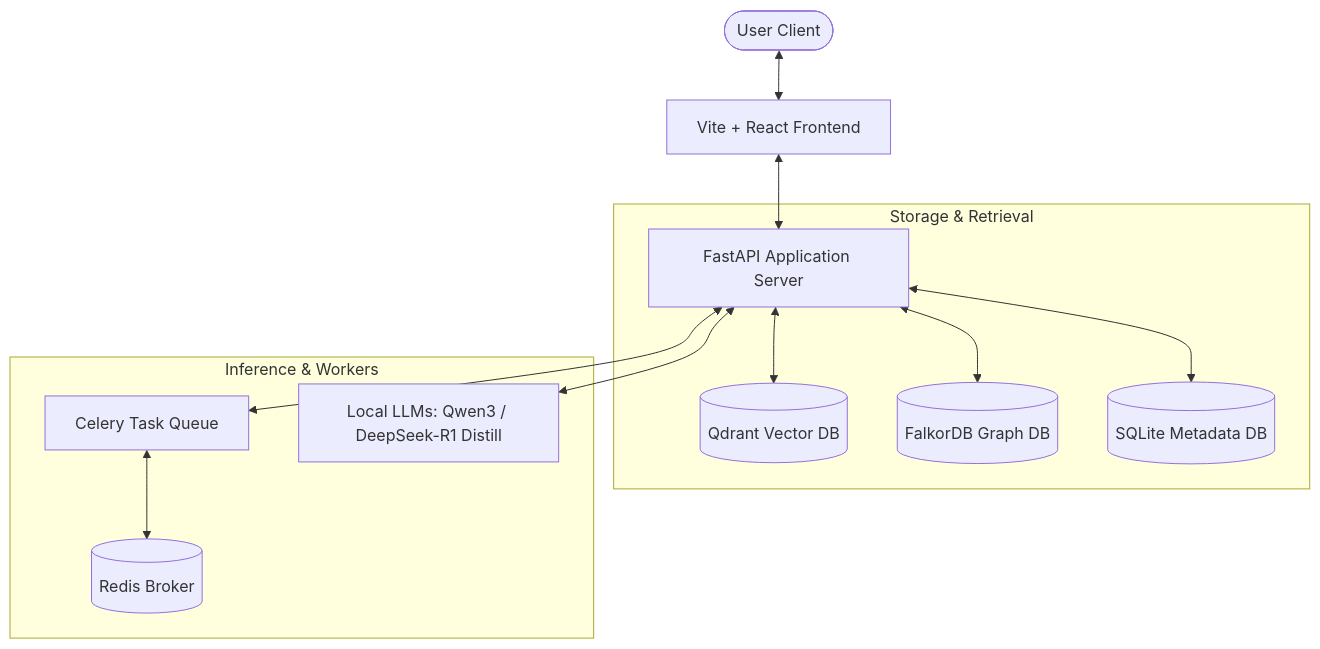
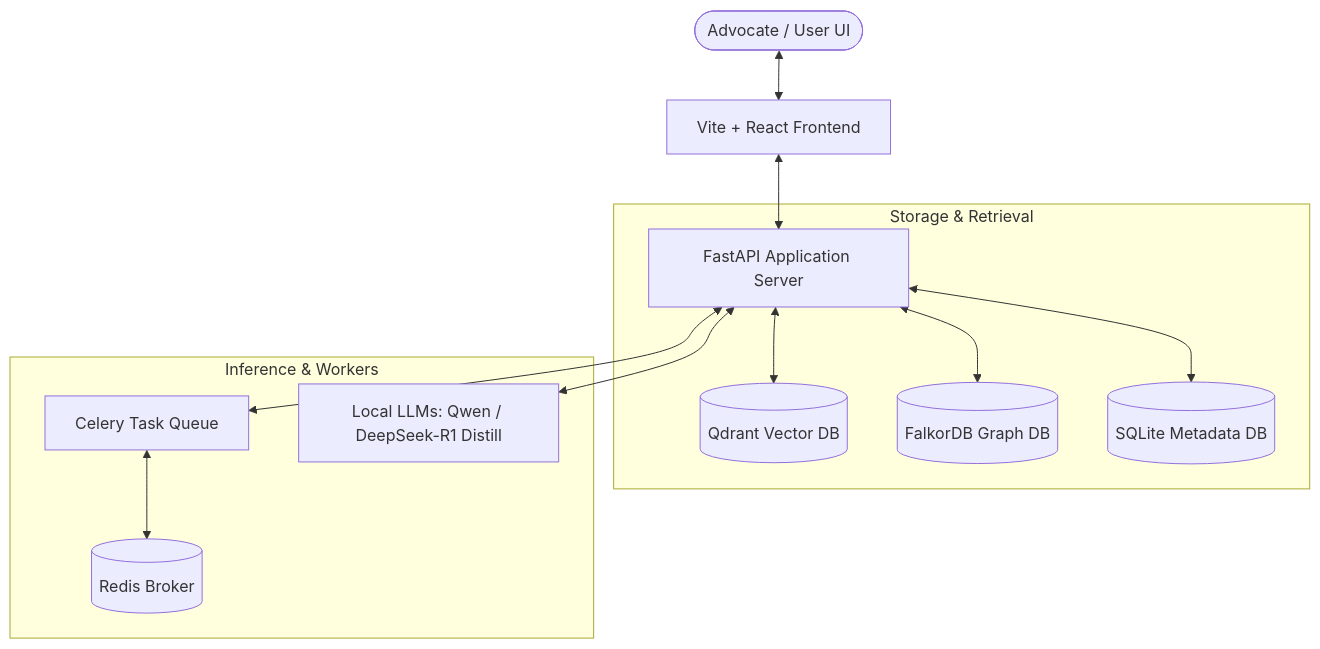
Before and after one commit to gokul03-tech/lex-org: the first of 2 diagrams in README.md, drawn with Mermaid. The commit also changed other lines of this file and 1 other file, not shown here.

````diff
--- a/README.md
+++ b/README.md
@@ -14,17 +13,17 @@
 ```mermaid
 graph TD
-    User([User Client]) <--> Frontend[Vite + React Frontend]
+    User([Advocate / User UI]) <--> Frontend[Vite + React Frontend]
     Frontend <--> Backend[FastAPI Application Server]
     
     subgraph Storage & Retrieval
         Backend <--> Qdrant[(Qdrant Vector DB)]
         Backend <--> FalkorDB[(FalkorDB Graph DB)]
         Backend <--> SQLite[(SQLite Metadata DB)]
     end
     
     subgraph Inference & Workers
         Backend <--> Celery[Celery Task Queue]
         Celery <--> Redis[(Redis Broker)]
-        Backend <--> LLM[Local LLMs: Qwen3 / DeepSeek-R1 Distill]
+        Backend <--> LLM[Local LLMs: Qwen / DeepSeek-R1 Distill]
     end
 ```
````
